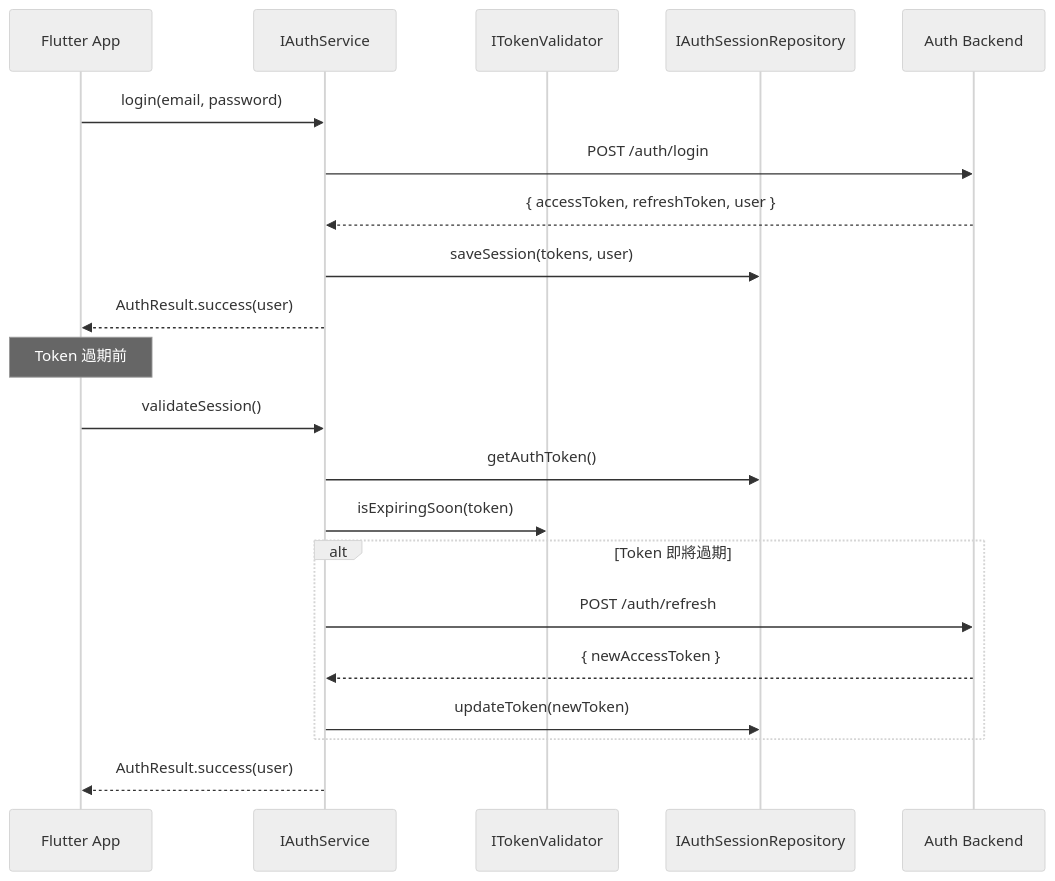
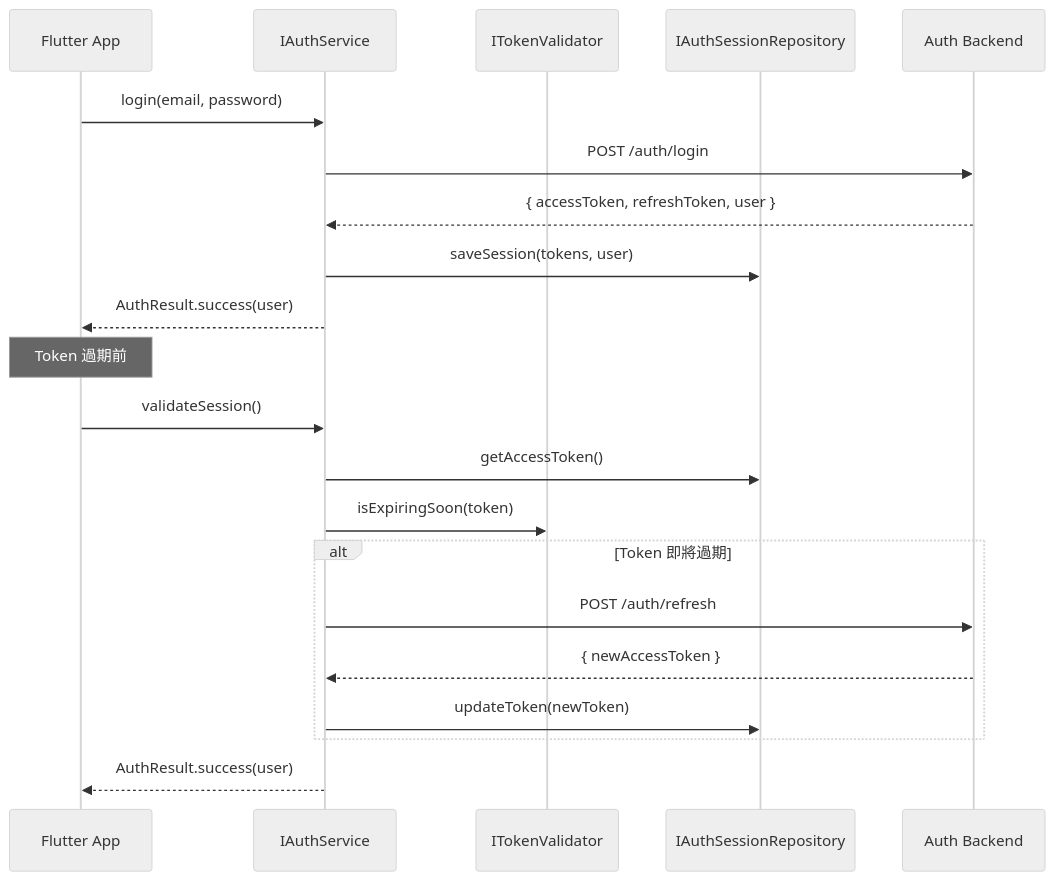
Before and after one commit to dectecx/SummitMate: the second of 3 diagrams in docs/AUTH_ARCHITECTURE.md, drawn with Mermaid (neutral theme). The commit also changed other lines of this file and 14 other files, not shown here.

Commit message:
refactor: Standardize auth naming and error codes (authToken -> accessToken)

````diff
--- a/docs/AUTH_ARCHITECTURE.md
+++ b/docs/AUTH_ARCHITECTURE.md
@@ -62,28 +62,28 @@
 ```mermaid
 sequenceDiagram
     participant App as Flutter App
     participant Auth as IAuthService
     participant Validator as ITokenValidator
     participant Session as IAuthSessionRepository
     participant Backend as Auth Backend
 
     App->>Auth: login(email, password)
     Auth->>Backend: POST /auth/login
     Backend-->>Auth: { accessToken, refreshToken, user }
     Auth->>Session: saveSession(tokens, user)
     Auth-->>App: AuthResult.success(user)
 
     Note over App: Token 過期前
 
     App->>Auth: validateSession()
-    Auth->>Session: getAuthToken()
+    Auth->>Session: getAccessToken()
     Auth->>Validator: isExpiringSoon(token)
 
     alt Token 即將過期
         Auth->>Backend: POST /auth/refresh
         Backend-->>Auth: { newAccessToken }
         Auth->>Session: updateToken(newToken)
     end
 
     Auth-->>App: AuthResult.success(user)
 ```
````
